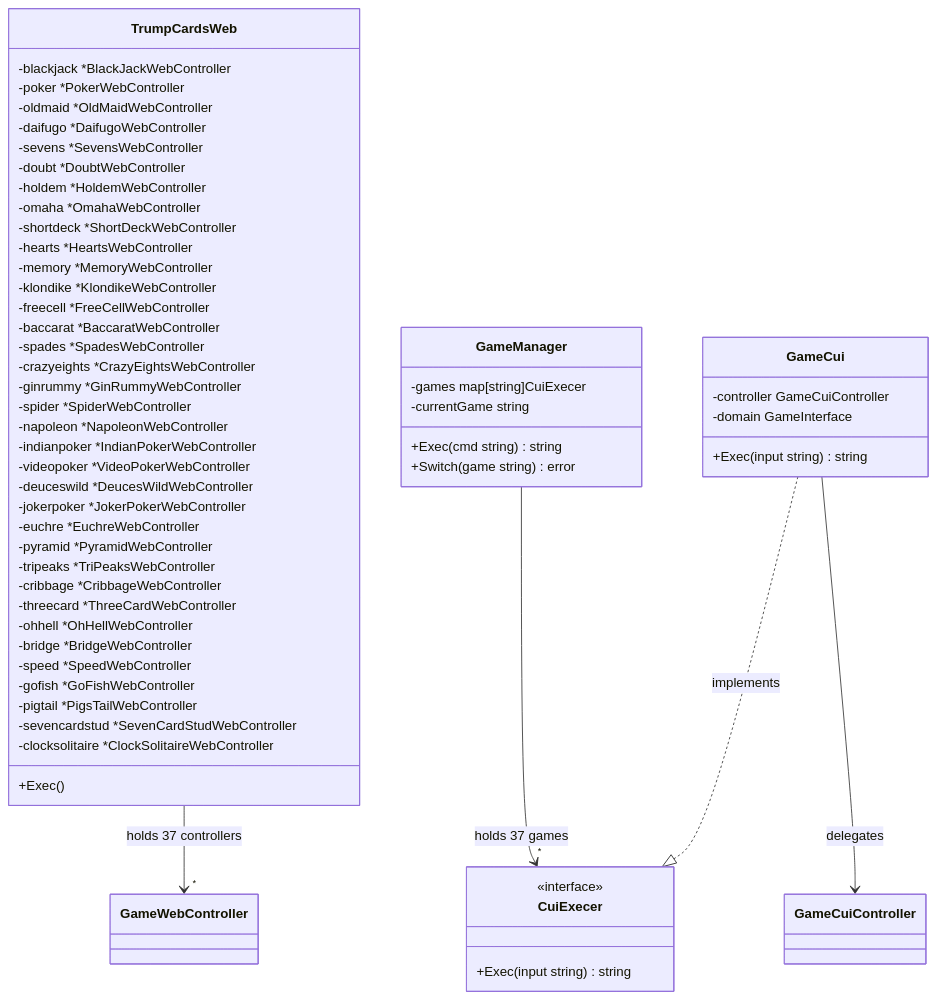
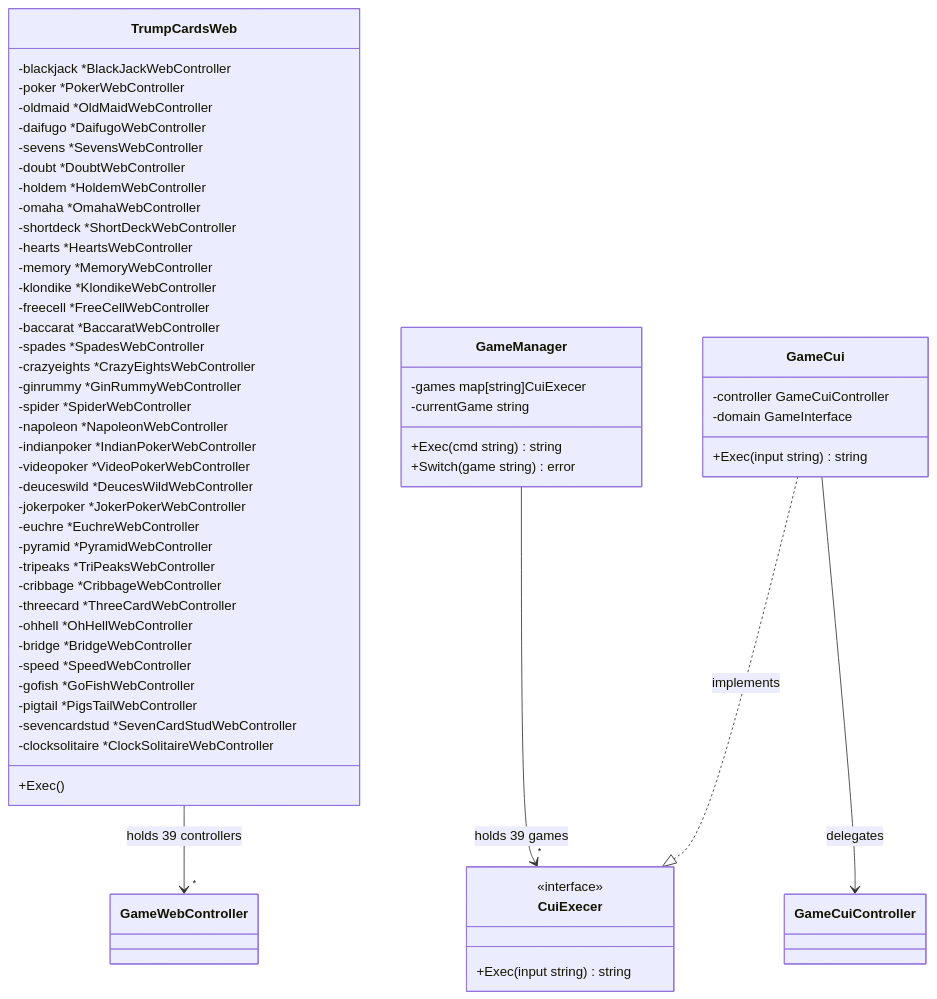
One commit to yuta-yoshinaga/go_trumpcards changed diagram 12 of 50 in docs/design/backend.md. Above: the diagram before and after it, drawn with Mermaid. The commit also changed other lines of this file and 5 other files, not shown here.

First line of the commit message:
docs: fix documentation drift across game lists, UML diagrams, and worker tables

````diff
--- a/docs/design/backend.md
+++ b/docs/design/backend.md
@@ -1210,64 +1210,64 @@
 ```mermaid
 classDiagram
     class TrumpCardsWeb {
         -blackjack *BlackJackWebController
         -poker *PokerWebController
         -oldmaid *OldMaidWebController
         -daifugo *DaifugoWebController
         -sevens *SevensWebController
         -doubt *DoubtWebController
         -holdem *HoldemWebController
         -omaha *OmahaWebController
         -shortdeck *ShortDeckWebController
         -hearts *HeartsWebController
         -memory *MemoryWebController
         -klondike *KlondikeWebController
         -freecell *FreeCellWebController
         -baccarat *BaccaratWebController
         -spades *SpadesWebController
         -crazyeights *CrazyEightsWebController
         -ginrummy *GinRummyWebController
         -spider *SpiderWebController
         -napoleon *NapoleonWebController
         -indianpoker *IndianPokerWebController
         -videopoker *VideoPokerWebController
         -deuceswild *DeucesWildWebController
         -jokerpoker *JokerPokerWebController
         -euchre *EuchreWebController
         -pyramid *PyramidWebController
         -tripeaks *TriPeaksWebController
         -cribbage *CribbageWebController
         -threecard *ThreeCardWebController
         -ohhell *OhHellWebController
         -bridge *BridgeWebController
         -speed *SpeedWebController
         -gofish *GoFishWebController
         -pigtail *PigsTailWebController
         -sevencardstud *SevenCardStudWebController
         -clocksolitaire *ClockSolitaireWebController
         +Exec()
     }
 
     class GameManager {
         -games map[string]CuiExecer
         -currentGame string
         +Exec(cmd string) string
         +Switch(game string) error
     }
 
     class CuiExecer {
         <<interface>>
         +Exec(input string) string
     }
 
     class GameCui {
         -controller GameCuiController
         -domain GameInterface
         +Exec(input string) string
     }
 
-    TrumpCardsWeb --> "*" GameWebController : holds 37 controllers
-    GameManager --> "*" CuiExecer : holds 37 games
+    TrumpCardsWeb --> "*" GameWebController : holds 39 controllers
+    GameManager --> "*" CuiExecer : holds 39 games
     GameCui ..|> CuiExecer : implements
     GameCui --> GameCuiController : delegates
 ```
````
